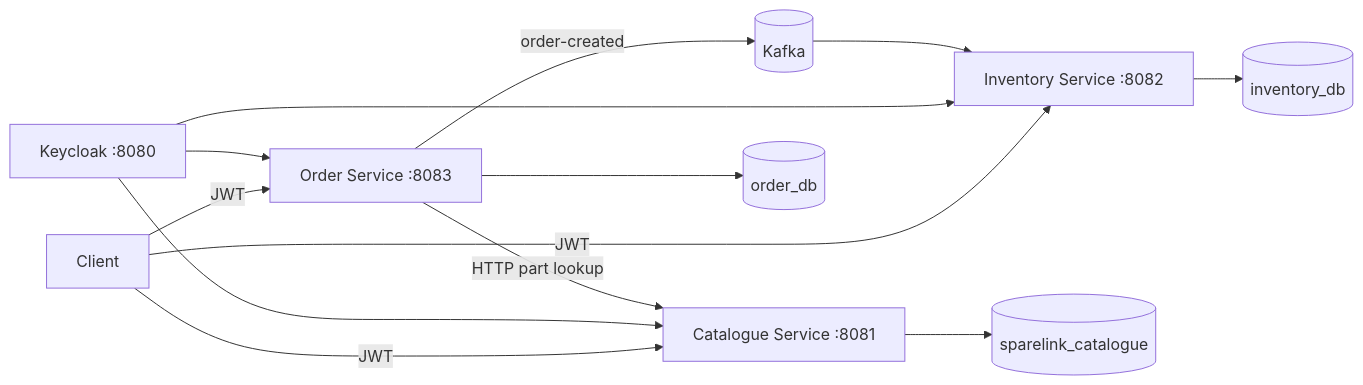
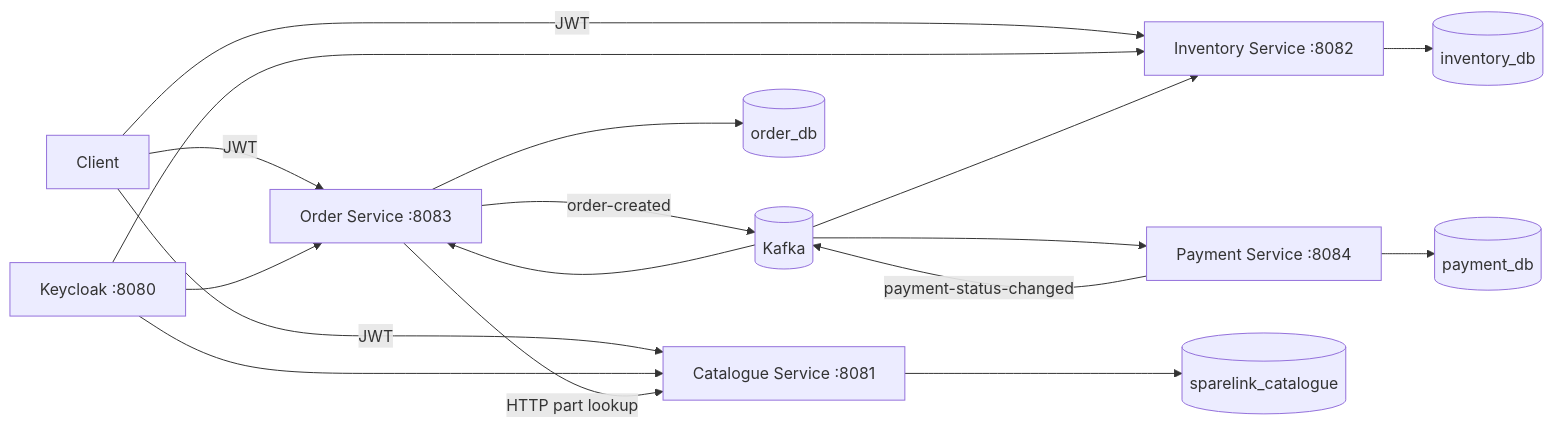
Before and after one commit to tadiwanashe-mashongwa/sparelink-platform: the diagram in README.md, drawn with Mermaid. The commit also changed other lines of this file and 3 other files, not shown here.

Commit message:
feat: add payment service to platform stack

````diff
--- a/README.md
+++ b/README.md
@@ -7,15 +7,19 @@
 ```mermaid
 flowchart LR
     Client -->|JWT| Order[Order Service :8083]
     Client -->|JWT| Catalogue[Catalogue Service :8081]
     Client -->|JWT| Inventory[Inventory Service :8082]
     Keycloak[Keycloak :8080] --> Order
     Keycloak --> Catalogue
     Keycloak --> Inventory
     Order -->|HTTP part lookup| Catalogue
     Order -->|order-created| Kafka[(Kafka)]
     Kafka --> Inventory
+    Kafka --> Payment[Payment Service :8084]
+    Payment -->|payment-status-changed| Kafka
+    Kafka --> Order
     Order --> OrderDb[(order_db)]
+    Payment --> PaymentDb[(payment_db)]
     Catalogue --> CatalogueDb[(sparelink_catalogue)]
     Inventory --> InventoryDb[(inventory_db)]
 ```
````
